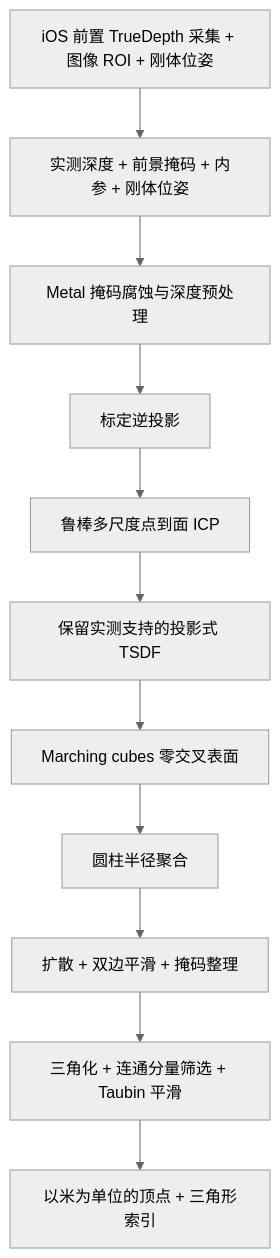
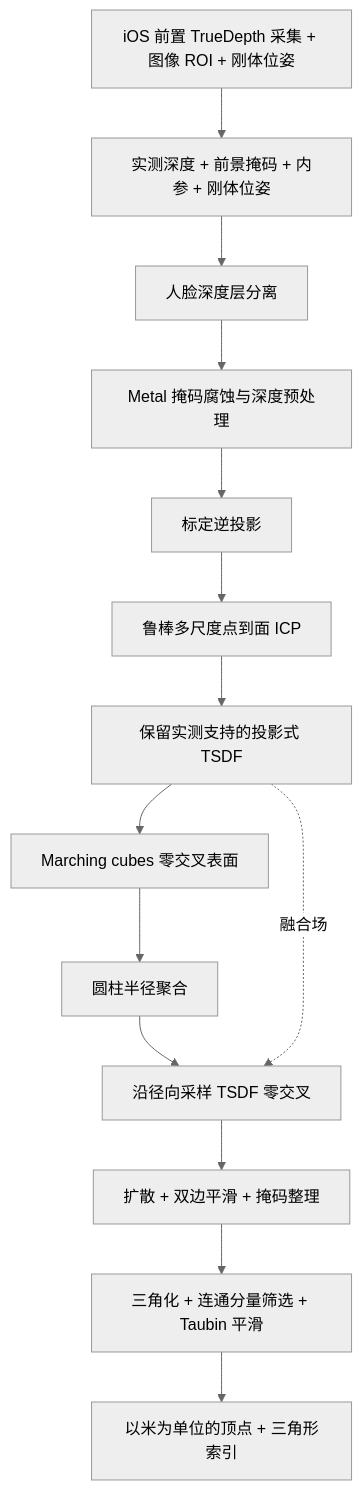
Before and after one commit to porarrirr/truemyface-reconstruction: the diagram in README.zh-CN.md, drawn with Mermaid (neutral theme). The commit also changed other lines of this file and 6 other files, not shown here.

````diff
--- a/README.zh-CN.md
+++ b/README.zh-CN.md
@@ -47,13 +51,16 @@
 ```mermaid
 flowchart TD
     S[iOS 前置 TrueDepth 采集 + 图像 ROI + 刚体位姿] --> A[实测深度 + 前景掩码 + 内参 + 刚体位姿]
-    A --> B[Metal 掩码腐蚀与深度预处理]
+    A --> L[人脸深度层分离]
+    L --> B[Metal 掩码腐蚀与深度预处理]
     B --> C[标定逆投影]
     C --> D[鲁棒多尺度点到面 ICP]
     D --> E[保留实测支持的投影式 TSDF]
     E --> F[Marching cubes 零交叉表面]
     F --> G[圆柱半径聚合]
-    G --> H[扩散 + 双边平滑 + 掩码整理]
+    G --> R[沿径向采样 TSDF 零交叉]
+    E -. 融合场 .-> R
+    R --> H[扩散 + 双边平滑 + 掩码整理]
     H --> I[三角化 + 连通分量筛选 + Taubin 平滑]
     I --> J[以米为单位的顶点 + 三角形索引]
 ```
````
